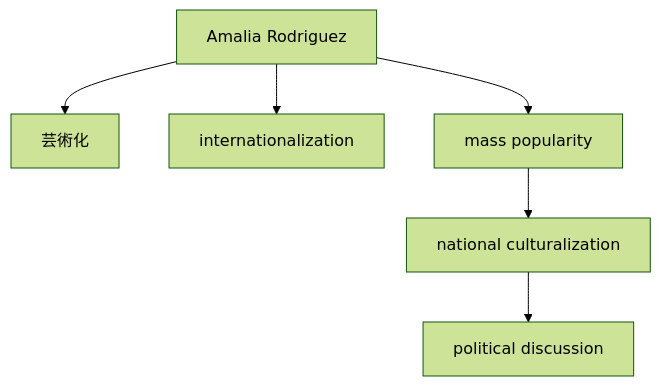
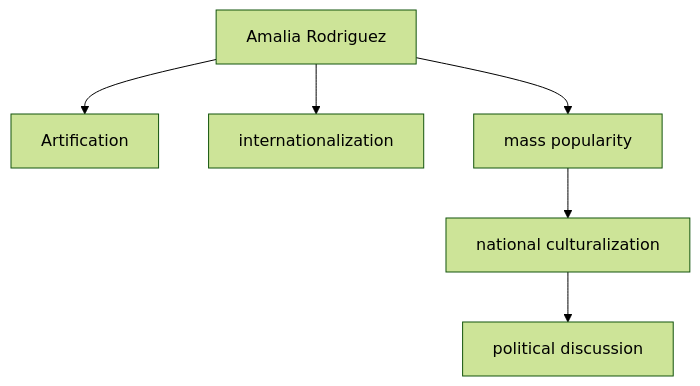
The fifth of 12 diagrams in en/_posts/2026-05-16-column-fado.md (monumental-movement/monumental-movement.github.io), drawn with Mermaid (forest theme) before and after one commit. The commit also changed other lines of this file and 851 other files, not shown here.

```diff
--- a/en/_posts/2026-05-16-column-fado.md
+++ b/en/_posts/2026-05-16-column-fado.md
@@ -279,8 +280,8 @@
 <div class="mermaid">
 flowchart TD
-A[Amalia Rodriguez] --> B[芸術化]
+A[Amalia Rodriguez] --> B[Artification]
 A --> C[internationalization]
 A --> D[mass popularity]
 D --> E[national culturalization]
 E --> F[political discussion]
 </div>
```
